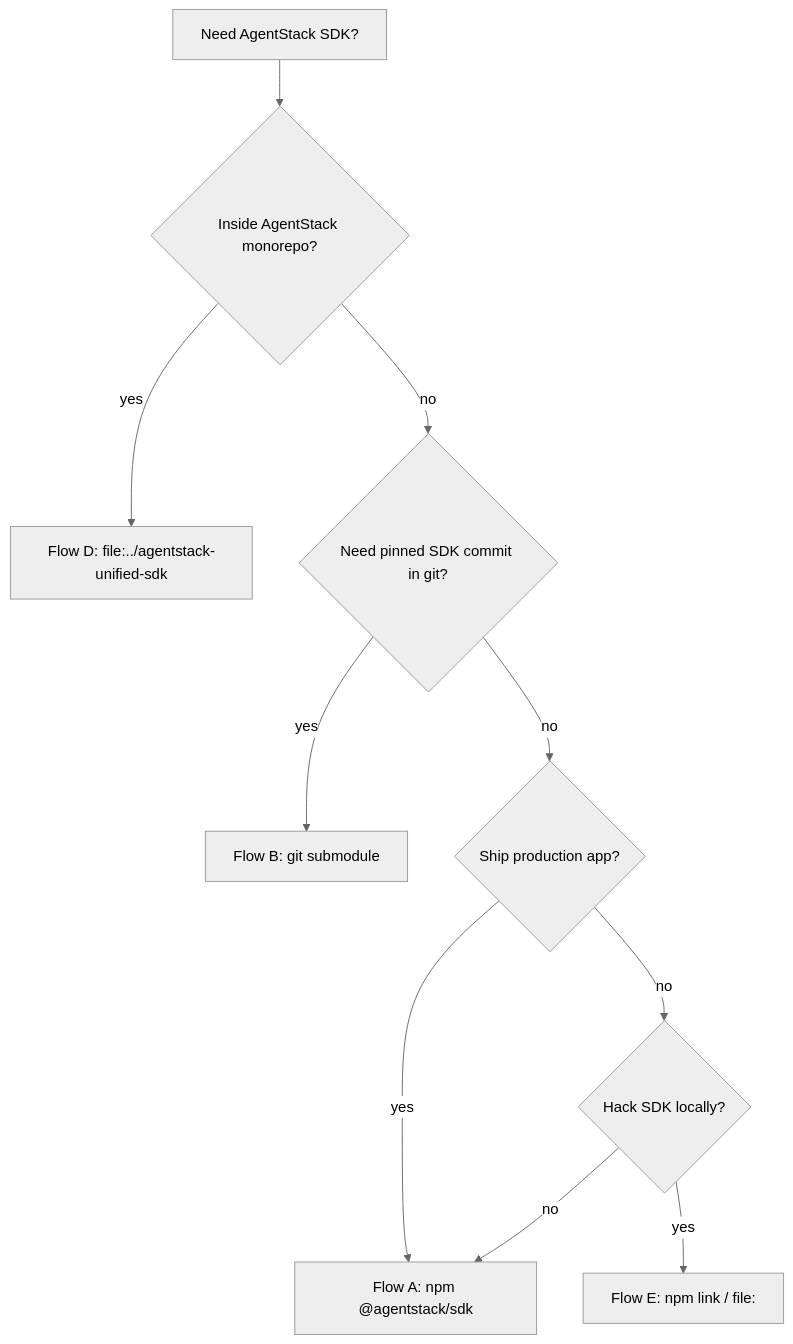
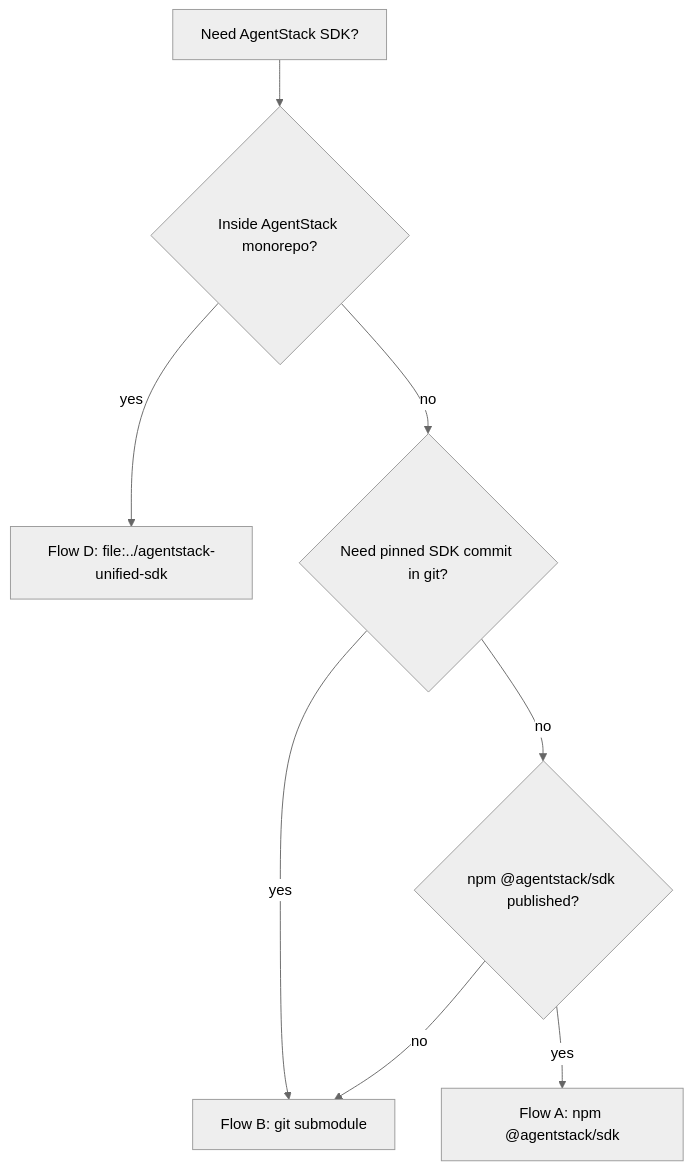
The diagram in docs/SDK_INTEGRATION_FLOWS.md (agentstacktech/agentstack-sdk), drawn with Mermaid (neutral theme) before and after one commit. The commit also changed other lines of this file and 238 other files, not shown here.

````diff
--- a/docs/SDK_INTEGRATION_FLOWS.md
+++ b/docs/SDK_INTEGRATION_FLOWS.md
@@ -13,12 +15,10 @@
 ```mermaid
 flowchart TD
   start[Need AgentStack SDK?] --> q1{Inside AgentStack monorepo?}
   q1 -->|yes| mono[Flow D: file:../agentstack-unified-sdk]
   q1 -->|no| q2{Need pinned SDK commit in git?}
   q2 -->|yes| sub[Flow B: git submodule]
-  q2 -->|no| q3{Ship production app?}
+  q2 -->|no| q3{npm @agentstack/sdk published?}
   q3 -->|yes| npm[Flow A: npm @agentstack/sdk]
-  q3 -->|no| q4{Hack SDK locally?}
-  q4 -->|yes| link[Flow E: npm link / file:]
-  q4 -->|no| npm
+  q3 -->|no| sub
 ```
````
